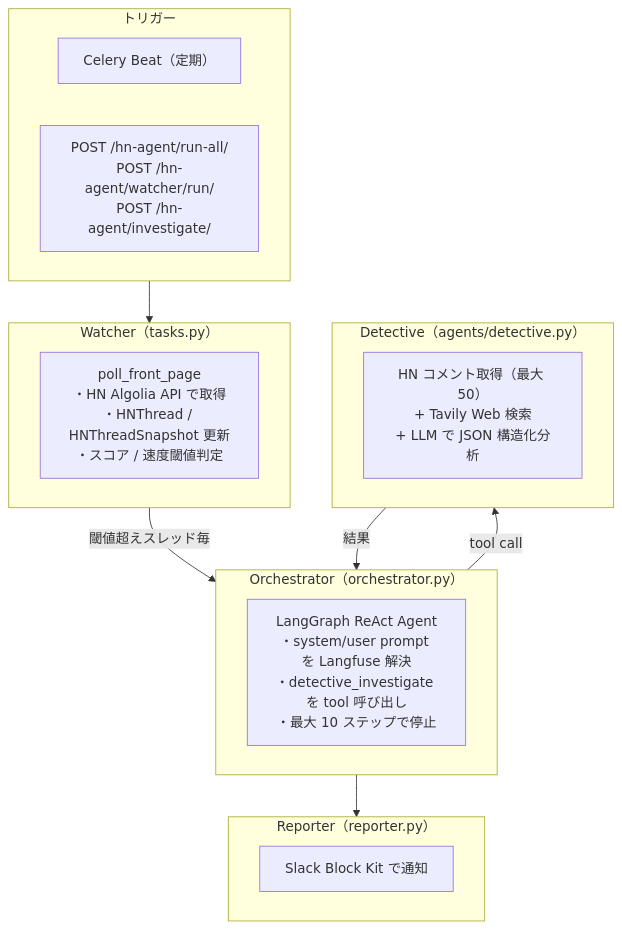
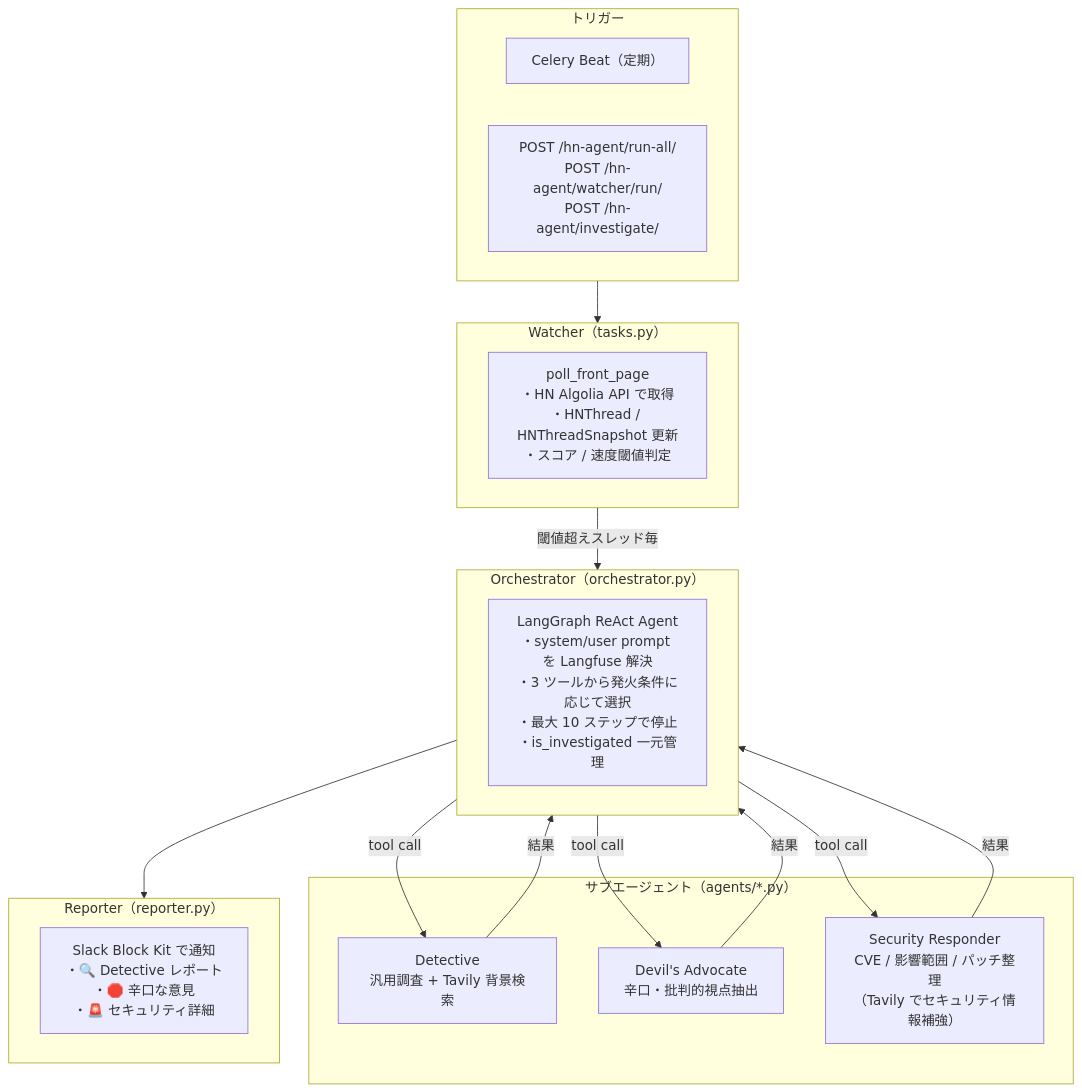
Before and after one commit to kagiyama-baking/kawashiro-server: the first of 2 diagrams in django_api/features/hn_agent/README.md, drawn with Mermaid. The commit also changed other lines of this file and 2 other files, not shown here.

First line of the commit message:
docs: Devil's Advocate / Security Responder 追加を各 README に反映

````diff
--- a/django_api/features/hn_agent/README.md
+++ b/django_api/features/hn_agent/README.md
@@ -9,29 +17,35 @@
 ```mermaid
 flowchart TB
     subgraph Trigger["トリガー"]
         Beat["Celery Beat（定期）"]
         API["POST /hn-agent/run-all/<br/>POST /hn-agent/watcher/run/<br/>POST /hn-agent/investigate/"]
     end
 
     subgraph Watcher["Watcher（tasks.py）"]
         Poll["poll_front_page<br/>・HN Algolia API で取得<br/>・HNThread / HNThreadSnapshot 更新<br/>・スコア / 速度閾値判定"]
     end
 
     subgraph Orch["Orchestrator（orchestrator.py）"]
-        ReAct["LangGraph ReAct Agent<br/>・system/user prompt を Langfuse 解決<br/>・detective_investigate を tool 呼び出し<br/>・最大 10 ステップで停止"]
+        ReAct["LangGraph ReAct Agent<br/>・system/user prompt を Langfuse 解決<br/>・3 ツールから発火条件に応じて選択<br/>・最大 10 ステップで停止<br/>・is_investigated 一元管理"]
     end
 
-    subgraph Det["Detective（agents/detective.py）"]
-        Fetch["HN コメント取得（最大 50）<br/>+ Tavily Web 検索<br/>+ LLM で JSON 構造化分析"]
+    subgraph Tools["サブエージェント（agents/*.py）"]
+        Det["Detective<br/>汎用調査 + Tavily 背景検索"]
+        Devil["Devil's Advocate<br/>辛口・批判的視点抽出"]
+        Sec["Security Responder<br/>CVE / 影響範囲 / パッチ整理<br/>（Tavily でセキュリティ情報補強）"]
     end
 
     subgraph Report["Reporter（reporter.py）"]
-        Slack["Slack Block Kit で通知"]
+        Slack["Slack Block Kit で通知<br/>・🔍 Detective レポート<br/>・🛑 辛口な意見<br/>・🚨 セキュリティ詳細"]
     end
 
     Trigger --> Watcher
     Watcher -->|閾値超えスレッド毎| Orch
     Orch -->|tool call| Det
+    Orch -->|tool call| Devil
+    Orch -->|tool call| Sec
     Det -->|結果| Orch
+    Devil -->|結果| Orch
+    Sec -->|結果| Orch
     Orch --> Report
 ```
````
